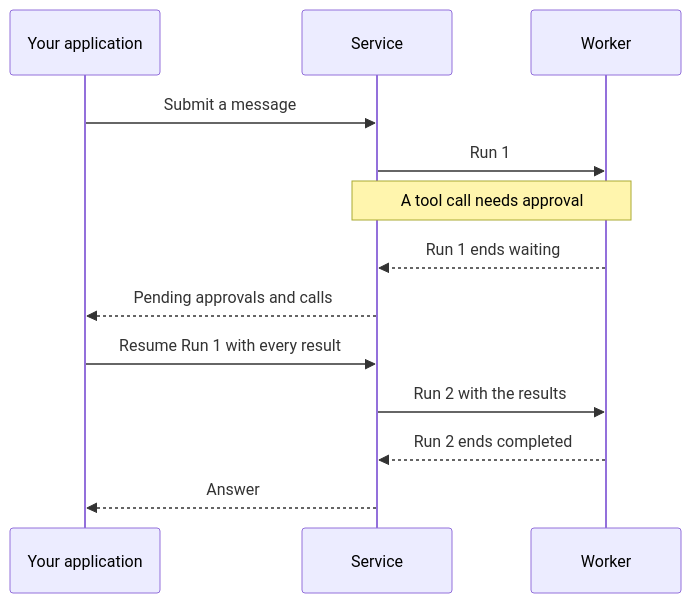
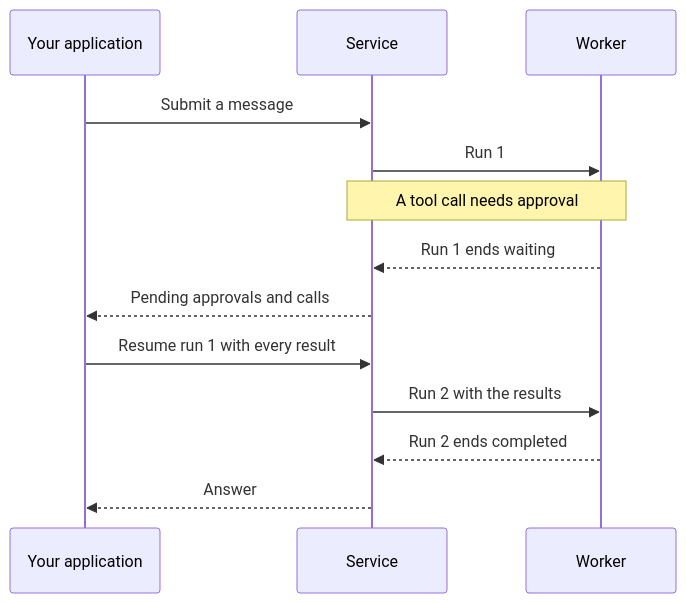
Before and after one commit to converge-ai-labs/agent-foundation: the third of 3 diagrams in docs/a13n-service/agents-and-runs.md, drawn with Mermaid. The commit also changed other lines of this file and 199 other files, not shown here.

````diff
--- a/docs/a13n-service/agents-and-runs.md
+++ b/docs/a13n-service/agents-and-runs.md
@@ -302,18 +302,18 @@
 ```mermaid
 sequenceDiagram
     participant App as Your application
     participant Service
     participant Worker
     App->>Service: Submit a message
     Service->>Worker: Run 1
     Note over Service,Worker: A tool call needs approval
     Worker-->>Service: Run 1 ends waiting
     Service-->>App: Pending approvals and calls
-    App->>Service: Resume Run 1 with every result
+    App->>Service: Resume run 1 with every result
     Service->>Worker: Run 2 with the results
     Worker-->>Service: Run 2 ends completed
     Service-->>App: Answer
 
     %% class App app
     %% class Service,Worker a13n
 ```
````
